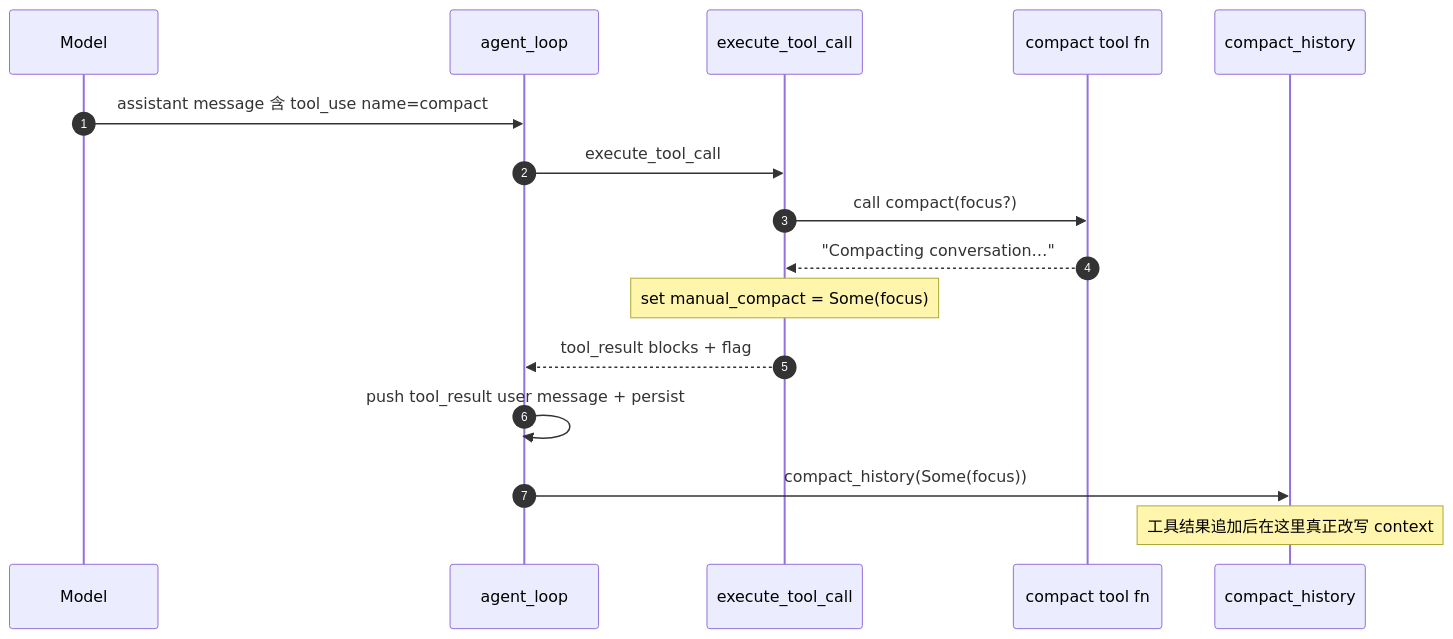
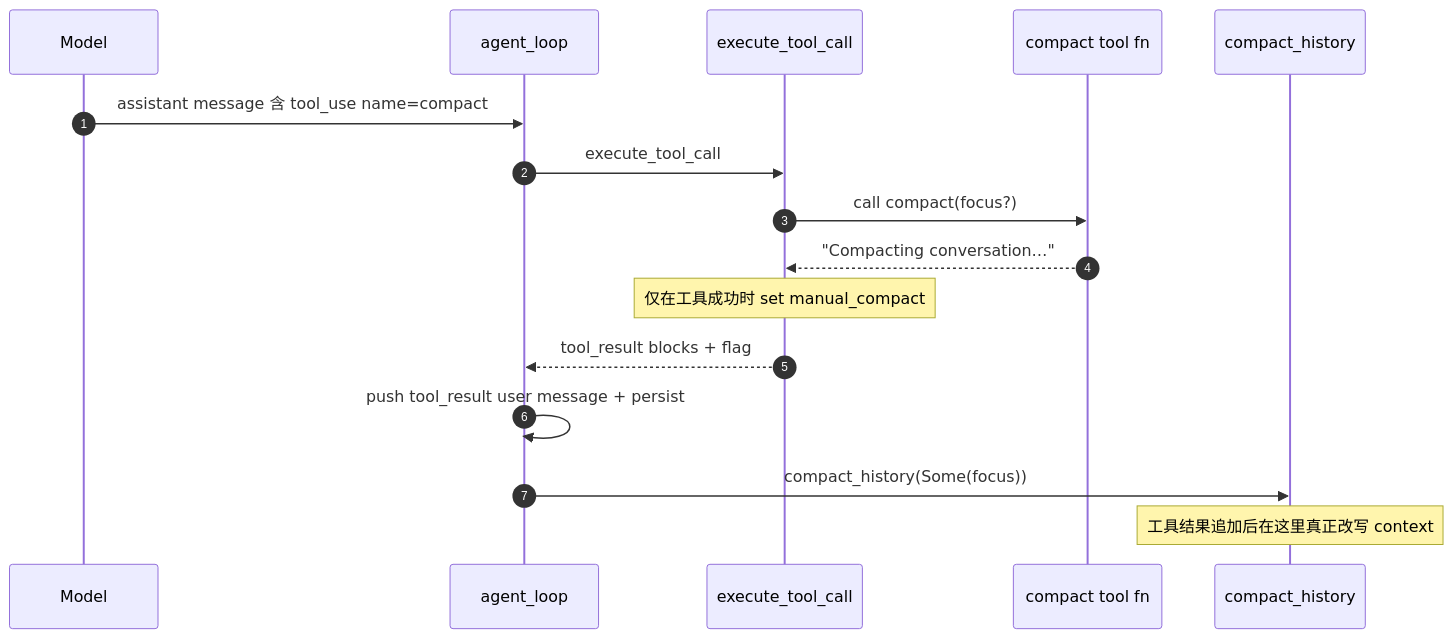
One commit to rust-infra/tact changed diagram 11 of 15 in book/05_chapter_compact_zh.md. Above: the diagram before and after it, drawn with Mermaid. The commit also changed other lines of this file and 179 other files, not shown here.

````diff
--- a/book/05_chapter_compact_zh.md
+++ b/book/05_chapter_compact_zh.md
@@ -446,19 +459,19 @@
 ```mermaid
 sequenceDiagram
     autonumber
     participant Model
     participant AgentLoop as agent_loop
     participant Dispatch as execute_tool_call
     participant Tool as compact tool fn
     participant CH as compact_history
 
     Model->>AgentLoop: assistant message 含 tool_use name=compact
     AgentLoop->>Dispatch: execute_tool_call
     Dispatch->>Tool: call compact(focus?)
     Tool-->>Dispatch: "Compacting conversation…"
-    Note over Dispatch: set manual_compact = Some(focus)
+    Note over Dispatch: 仅在工具成功时 set manual_compact
     Dispatch-->>AgentLoop: tool_result blocks + flag
     AgentLoop->>AgentLoop: push tool_result user message + persist
     AgentLoop->>CH: compact_history(Some(focus))
     Note over CH: 工具结果追加后在这里真正改写 context
 ```
````
